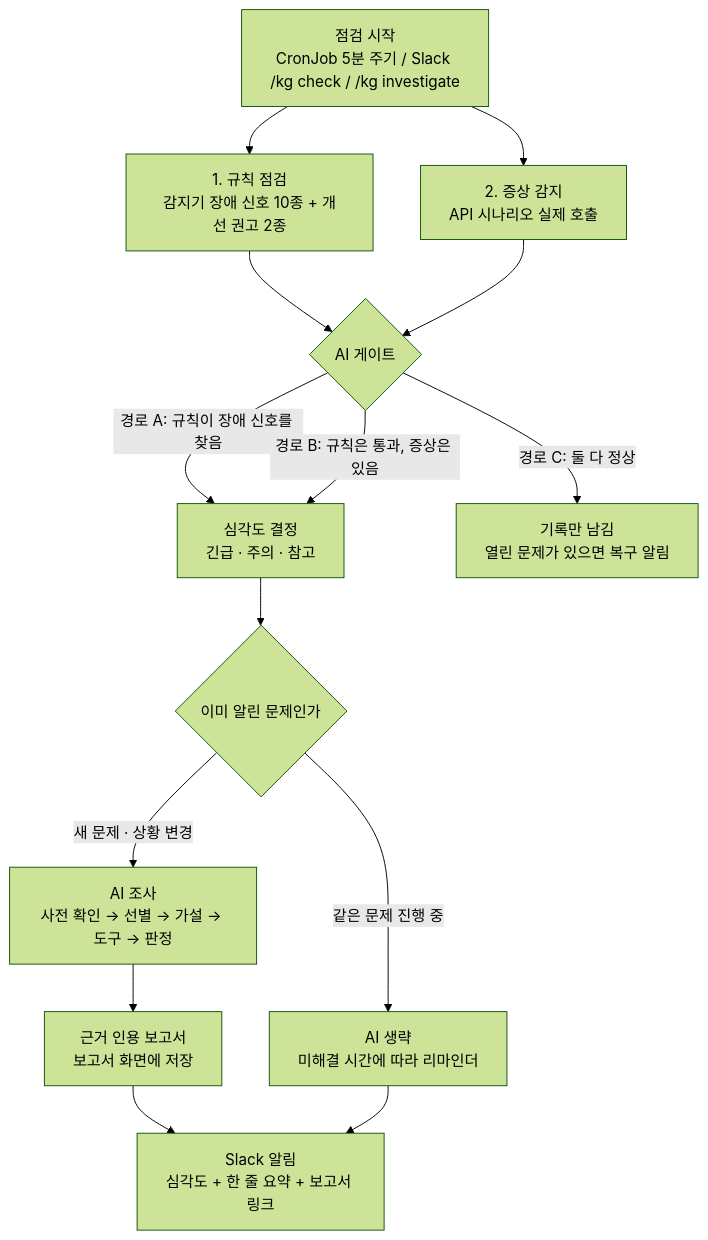
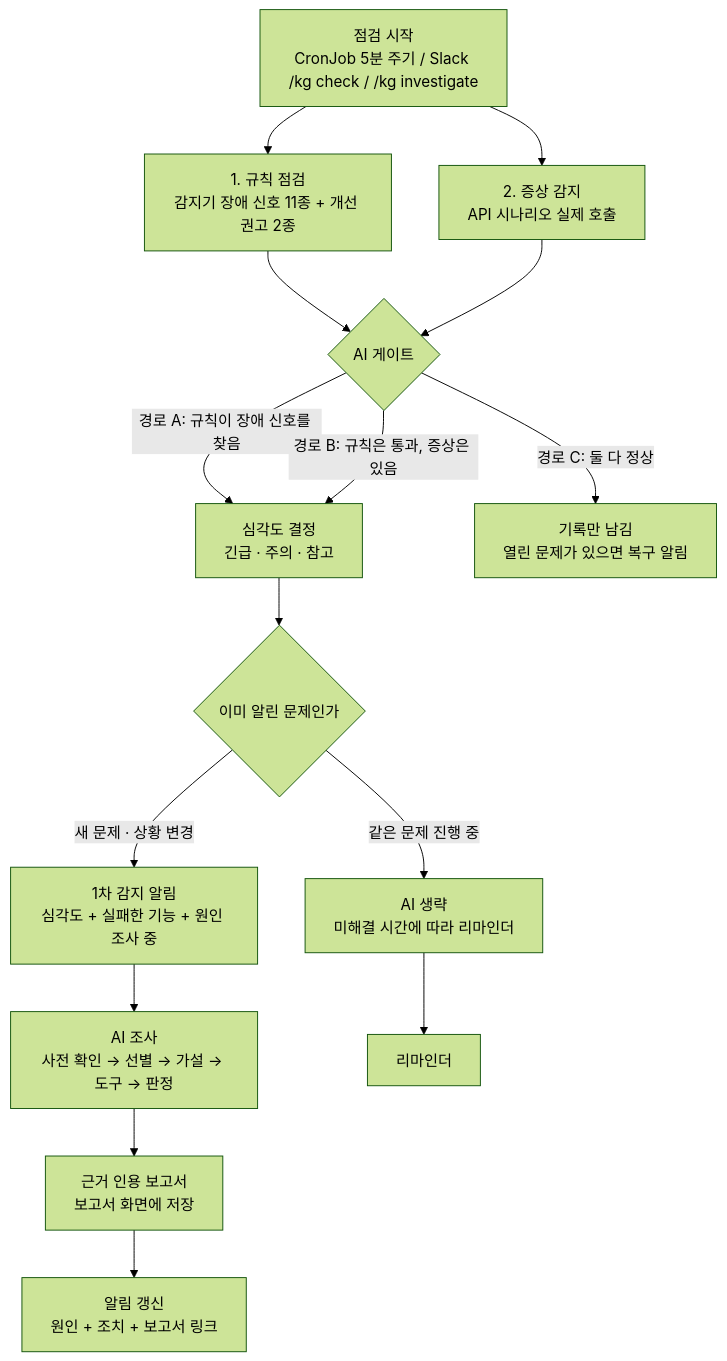
Before and after one commit to skax-jihyeryu/KubeGuardian: the first of 3 diagrams in docs/01-project-proposal.md, drawn with Mermaid (forest theme). The commit also changed other lines of this file and 8 other files, not shown here.

````diff
--- a/docs/01-project-proposal.md
+++ b/docs/01-project-proposal.md
@@ -81,16 +81,17 @@
 ```mermaid
 flowchart TB
-    T[점검 시작<br/>CronJob 5분 주기 / Slack /kg check / /kg investigate] --> R[1. 규칙 점검<br/>감지기 장애 신호 10종 + 개선 권고 2종]
+    T[점검 시작<br/>CronJob 5분 주기 / Slack /kg check / /kg investigate] --> R[1. 규칙 점검<br/>감지기 장애 신호 11종 + 개선 권고 2종]
     T --> S[2. 증상 감지<br/>API 시나리오 실제 호출]
     R --> G{AI 게이트}
     S --> G
     G -->|경로 A: 규칙이 장애 신호를 찾음| SEV[심각도 결정<br/>긴급 · 주의 · 참고]
     G -->|경로 B: 규칙은 통과, 증상은 있음| SEV
     G -->|경로 C: 둘 다 정상| OK[기록만 남김<br/>열린 문제가 있으면 복구 알림]
     SEV --> D{이미 알린 문제인가}
-    D -->|새 문제 · 상황 변경| AI[AI 조사<br/>사전 확인 → 선별 → 가설 → 도구 → 판정]
+    D -->|새 문제 · 상황 변경| N1[1차 감지 알림<br/>심각도 + 실패한 기능 + 원인 조사 중]
+    N1 --> AI[AI 조사<br/>사전 확인 → 선별 → 가설 → 도구 → 판정]
     D -->|같은 문제 진행 중| SKIP[AI 생략<br/>미해결 시간에 따라 리마인더]
     AI --> REP[근거 인용 보고서<br/>보고서 화면에 저장]
-    REP --> N[Slack 알림<br/>심각도 + 한 줄 요약 + 보고서 링크]
-    SKIP --> N
+    REP --> N[알림 갱신<br/>원인 + 조치 + 보고서 링크]
+    SKIP --> RM[리마인더]
 ```
````
